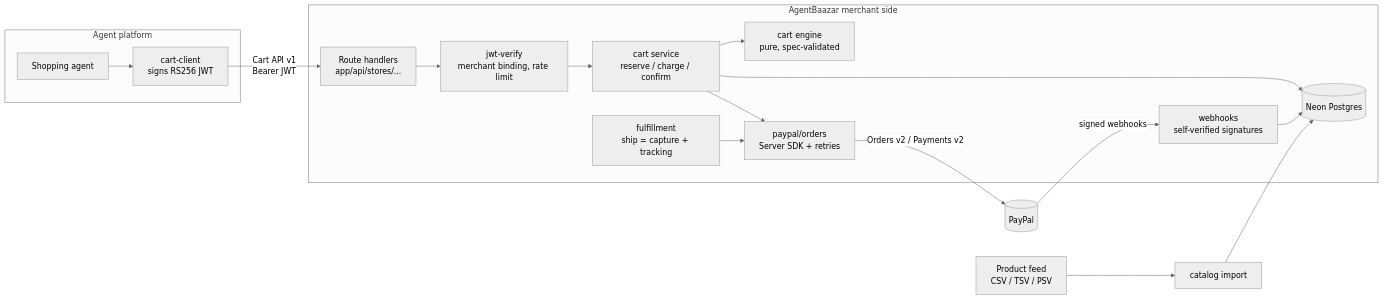
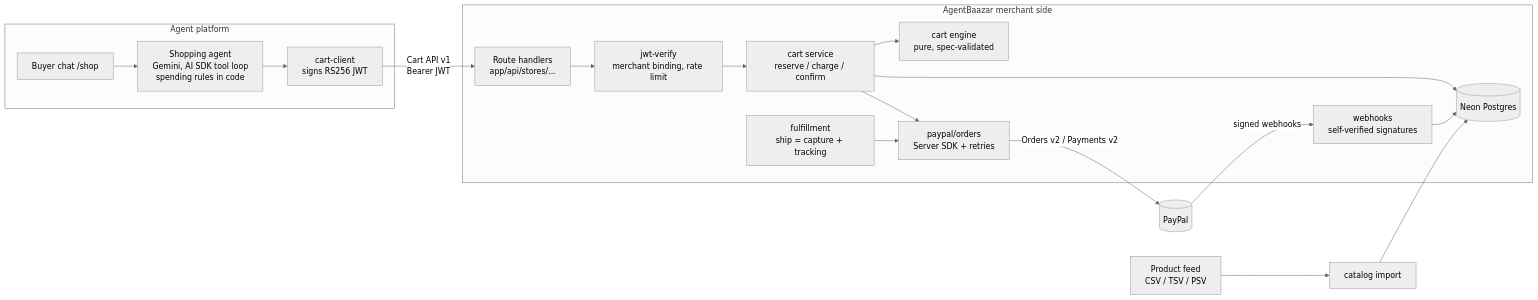
One commit to rohith1005H/AgentBaazar changed the first of 2 diagrams in README.md. Above: the diagram before and after it, drawn with Mermaid (neutral theme). The commit also changed other lines of this file, not shown here.

Commit message:
docs: the buyer agent, its spending rules, and setup for the LLM keys

````diff
--- a/README.md
+++ b/README.md
@@ -46,21 +64,22 @@
 ```mermaid
 flowchart LR
   subgraph Agent platform
-    A[Shopping agent] --> C[cart-client<br/>signs RS256 JWT]
+    U[Buyer chat /shop] --> A[Shopping agent<br/>Gemini, AI SDK tool loop<br/>spending rules in code]
+    A --> C[cart-client<br/>signs RS256 JWT]
   end
   C -- "Cart API v1<br/>Bearer JWT" --> R
 
   subgraph AgentBaazar merchant side
     R[Route handlers<br/>app/api/stores/...] --> AU[jwt-verify<br/>merchant binding, rate limit]
     AU --> S[cart service<br/>reserve / charge / confirm]
     S --> E[cart engine<br/>pure, spec-validated]
     S --> PP[paypal/orders<br/>Server SDK + retries]
     S --> DB[(Neon Postgres)]
     W[webhooks<br/>self-verified signatures] --> DB
     F[fulfillment<br/>ship = capture + tracking] --> PP
   end
 
   PP -- "Orders v2 / Payments v2" --> PayPal[(PayPal)]
   PayPal -- "signed webhooks" --> W
   Feed[Product feed<br/>CSV / TSV / PSV] --> I[catalog import] --> DB
 ```
````
